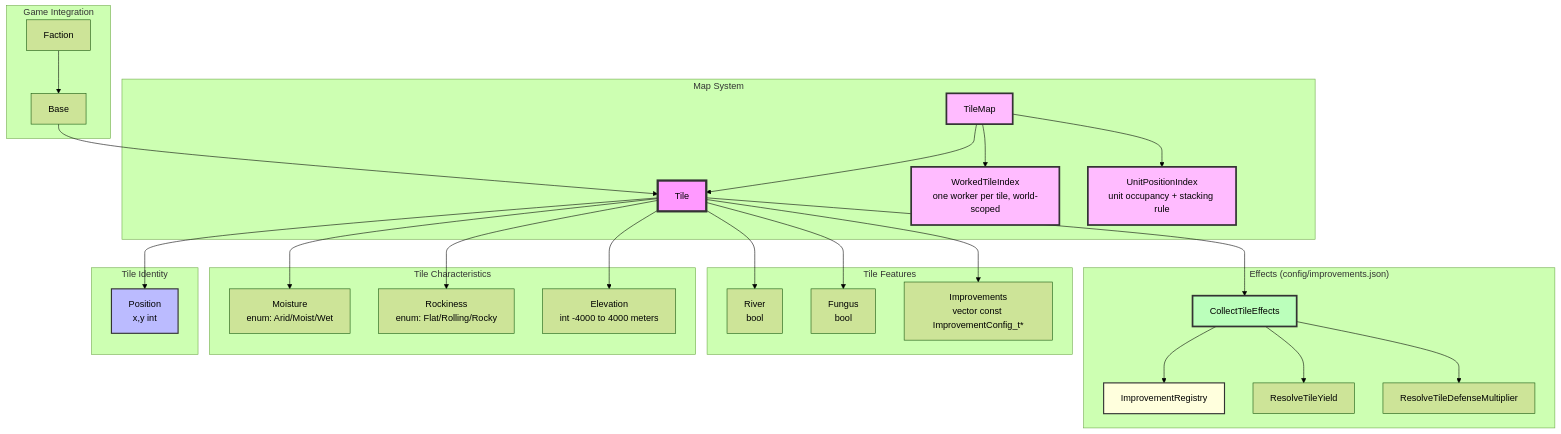
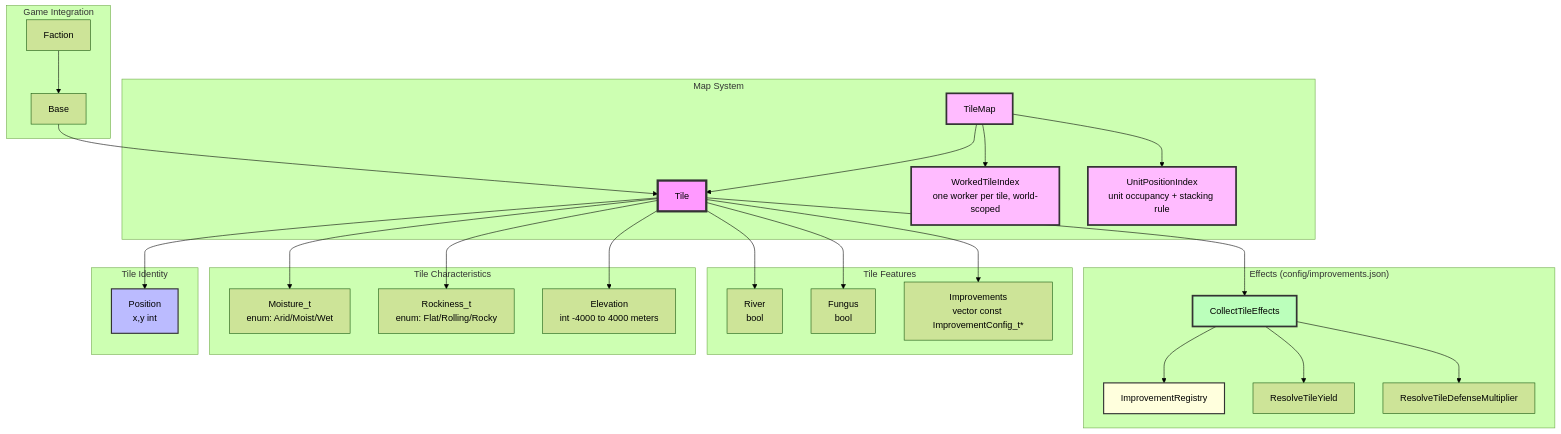
One commit to kilianloftis/alpha-centauri changed the first of 2 diagrams in docs/architecture/map-system.md. Above: the diagram before and after it, drawn with Mermaid (forest theme). The commit also changed other lines of this file and 139 other files, not shown here.

````diff
--- a/docs/architecture/map-system.md
+++ b/docs/architecture/map-system.md
@@ -3,62 +3,62 @@
 ```mermaid
 graph TB
     subgraph "Map System"
         TileMap[TileMap]
         Tile[Tile]
         WorkedTileIndex[WorkedTileIndex<br/>one worker per tile, world-scoped]
         UnitPositionIndex[UnitPositionIndex<br/>unit occupancy + stacking rule]
     end
 
     subgraph "Tile Identity"
         Position[Position<br/>x,y int]
     end
 
     subgraph "Tile Characteristics"
-        Moisture[Moisture<br/>enum: Arid/Moist/Wet]
-        Rockiness[Rockiness<br/>enum: Flat/Rolling/Rocky]
+        Moisture_t[Moisture_t<br/>enum: Arid/Moist/Wet]
+        Rockiness_t[Rockiness_t<br/>enum: Flat/Rolling/Rocky]
         Elevation[Elevation<br/>int -4000 to 4000 meters]
     end
 
     subgraph "Tile Features"
         River[River<br/>bool]
         Fungus[Fungus<br/>bool]
         Improvements[Improvements<br/>vector const ImprovementConfig_t*]
     end
 
     subgraph "Effects (config/improvements.json)"
         ImprovementRegistry[ImprovementRegistry]
         CollectTileEffects[CollectTileEffects]
         ResolveTileYield[ResolveTileYield]
         ResolveTileDefenseMultiplier[ResolveTileDefenseMultiplier]
     end
 
     subgraph "Game Integration"
         Base[Base]
         Faction[Faction]
     end
 
     TileMap --> Tile
     TileMap --> WorkedTileIndex
     TileMap --> UnitPositionIndex
     Tile --> Position
-    Tile --> Moisture
-    Tile --> Rockiness
+    Tile --> Moisture_t
+    Tile --> Rockiness_t
     Tile --> Elevation
     Tile --> River
     Tile --> Fungus
     Tile --> Improvements
     Tile --> CollectTileEffects
     CollectTileEffects --> ImprovementRegistry
     CollectTileEffects --> ResolveTileYield
     CollectTileEffects --> ResolveTileDefenseMultiplier
     Base --> Tile
     Faction --> Base
 
     style Tile fill:#f9f,stroke:#333,stroke-width:4px
     style TileMap fill:#fbf,stroke:#333,stroke-width:3px
     style Position fill:#bbf,stroke:#333,stroke-width:2px
     style WorkedTileIndex fill:#fbf,stroke:#333,stroke-width:3px
     style UnitPositionIndex fill:#fbf,stroke:#333,stroke-width:3px
     style ImprovementRegistry fill:#ffd,stroke:#333,stroke-width:2px
     style CollectTileEffects fill:#bfb,stroke:#333,stroke-width:3px
 ```
````
